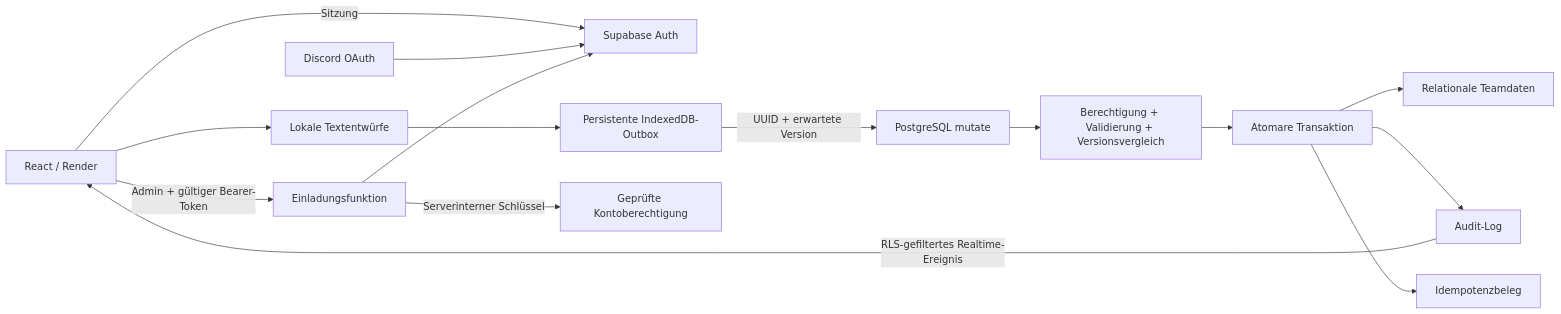
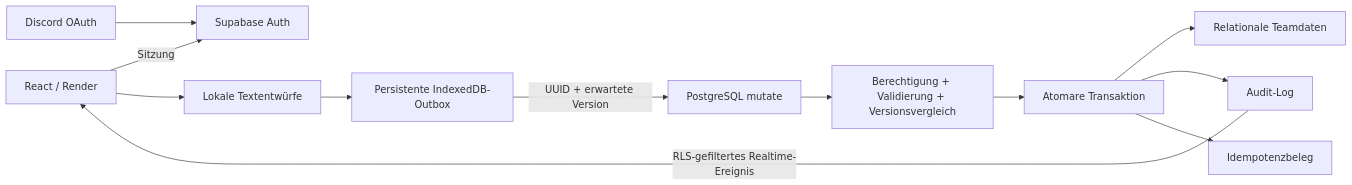
One commit to timhly/teamverwaltungnexville changed the diagram in docs/ARCHITEKTUR.md. Above: the diagram before and after it, drawn with Mermaid. The commit also changed other lines of this file and 13 other files, not shown here.

````diff
--- a/docs/ARCHITEKTUR.md
+++ b/docs/ARCHITEKTUR.md
@@ -5,17 +5,14 @@
 ```mermaid
 flowchart LR
   UI[React / Render] -->|Sitzung| Auth[Supabase Auth]
   Discord[Discord OAuth] --> Auth
   UI --> Draft[Lokale Textentwürfe]
   Draft --> Queue[Persistente IndexedDB-Outbox]
   Queue -->|UUID + erwartete Version| RPC[PostgreSQL mutate]
   RPC --> Check[Berechtigung + Validierung + Versionsvergleich]
   Check --> TX[Atomare Transaktion]
   TX --> Data[Relationale Teamdaten]
   TX --> Audit[Audit-Log]
   TX --> Receipt[Idempotenzbeleg]
   Audit -->|RLS-gefiltertes Realtime-Ereignis| UI
-  UI -->|Admin + gültiger Bearer-Token| Edge[Einladungsfunktion]
-  Edge --> Auth
-  Edge -->|Serverinterner Schlüssel| Access[Geprüfte Kontoberechtigung]
 ```
````
